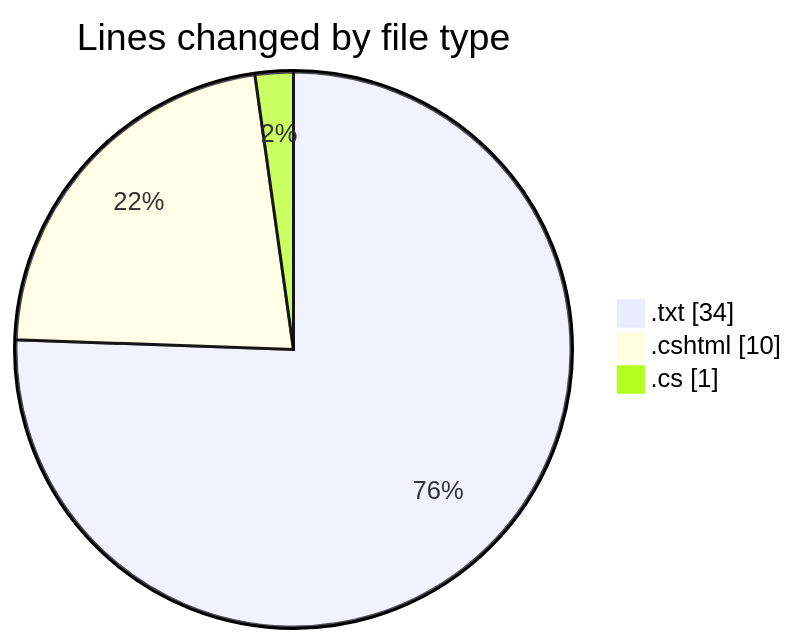
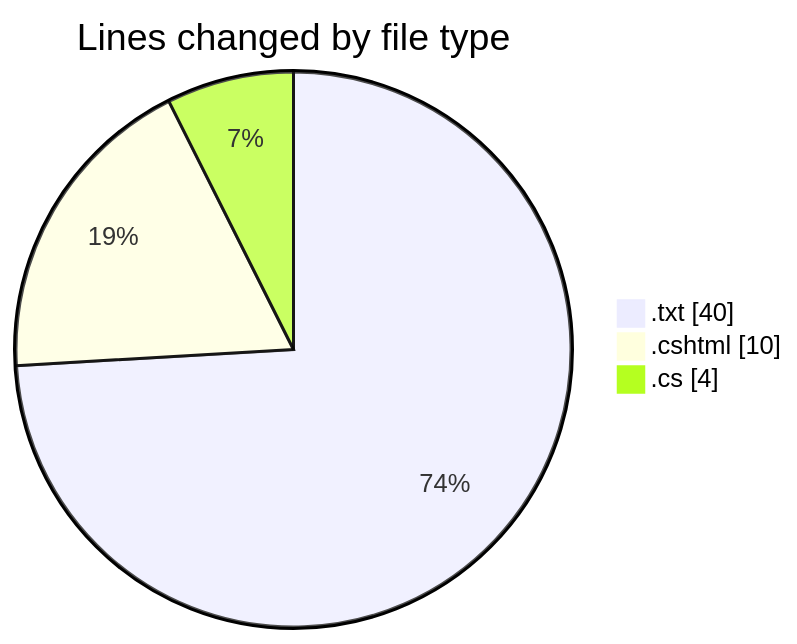
The first of 2 diagrams in 2025-07-25/quanlyrapchieuphim-1/README.md (lephambinh05/code-tracking), drawn with Mermaid before and after one commit. The commit also changed other lines of this file and 1 other file, not shown here.

````diff
--- a/2025-07-25/quanlyrapchieuphim-1/README.md
+++ b/2025-07-25/quanlyrapchieuphim-1/README.md
@@ -22,7 +22,7 @@
 ```mermaid
 pie showData
 title Lines changed by file type
-".txt" : 34
+".txt" : 40
 ".cshtml" : 10
-".cs" : 1
+".cs" : 4
 ```
````
